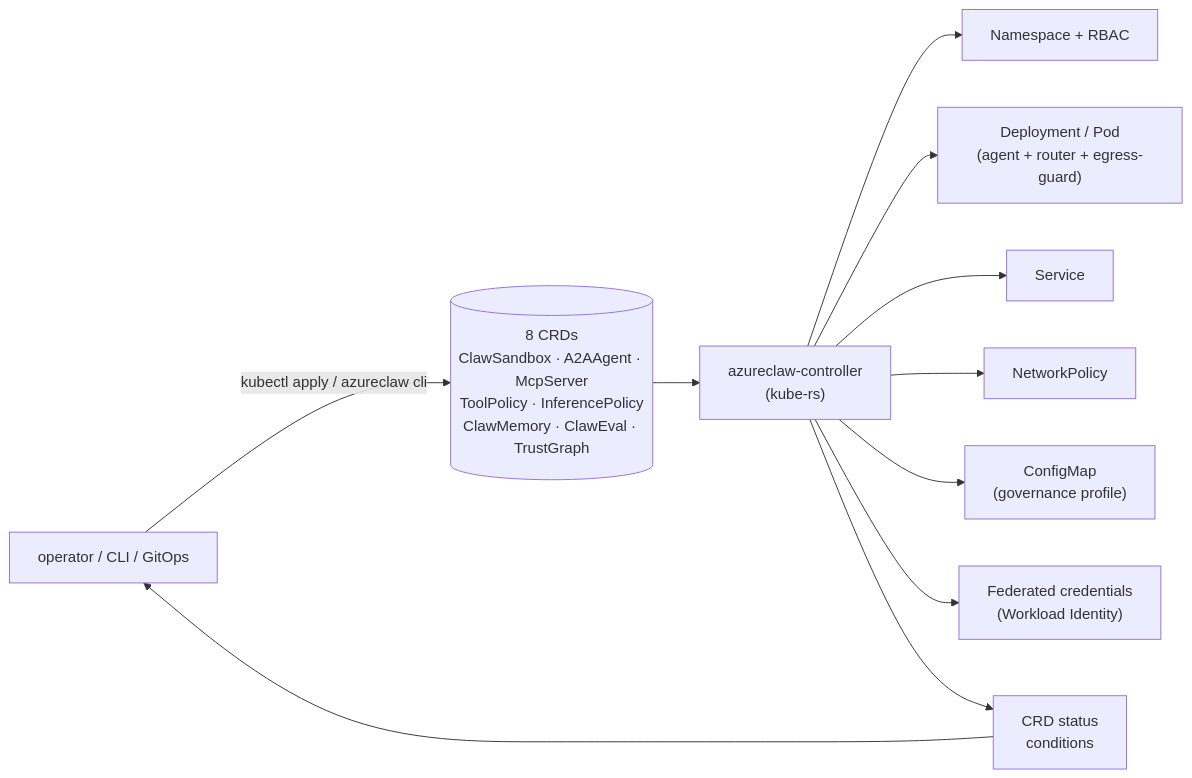
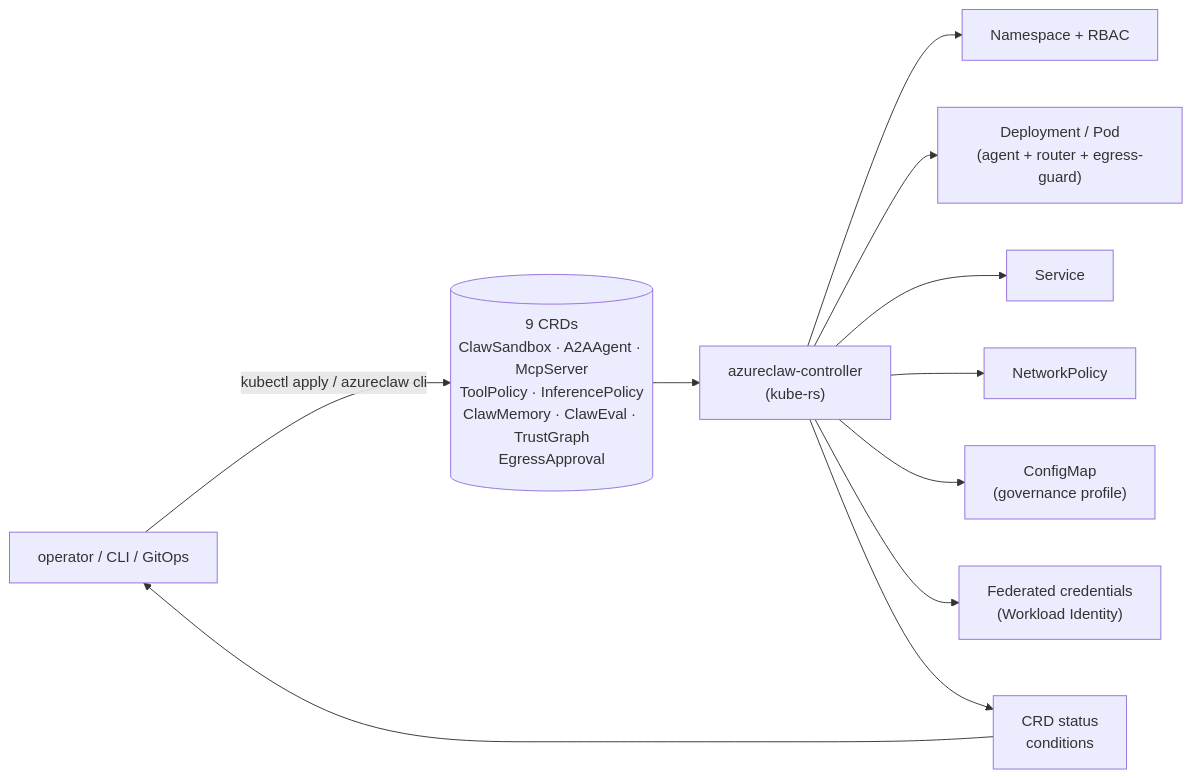
One commit to lachie83/kars changed the sixth of 9 diagrams in docs/architecture-diagrams.md. Above: the diagram before and after it, drawn with Mermaid. The commit also changed other lines of this file and 35 other files, not shown here.

````diff
--- a/docs/architecture-diagrams.md
+++ b/docs/architecture-diagrams.md
@@ -184,18 +186,18 @@
 ```mermaid
 flowchart LR
   User["operator / CLI / GitOps"]
-  CRD[("8 CRDs<br/>ClawSandbox · A2AAgent · McpServer<br/>ToolPolicy · InferencePolicy<br/>ClawMemory · ClawEval · TrustGraph")]
+  CRD[("9 CRDs<br/>ClawSandbox · A2AAgent · McpServer<br/>ToolPolicy · InferencePolicy<br/>ClawMemory · ClawEval · TrustGraph<br/>EgressApproval")]
   Ctrl["azureclaw-controller<br/>(kube-rs)"]
 
   User -->|kubectl apply / azureclaw cli| CRD
   CRD --> Ctrl
   Ctrl --> NS["Namespace + RBAC"]
   Ctrl --> Dep["Deployment / Pod<br/>(agent + router + egress-guard)"]
   Ctrl --> Svc["Service"]
   Ctrl --> NP["NetworkPolicy"]
   Ctrl --> CM["ConfigMap<br/>(governance profile)"]
   Ctrl --> FedCred["Federated credentials<br/>(Workload Identity)"]
   Ctrl --> Status["CRD status<br/>conditions"]
 
   Status --> User
 ```
````
